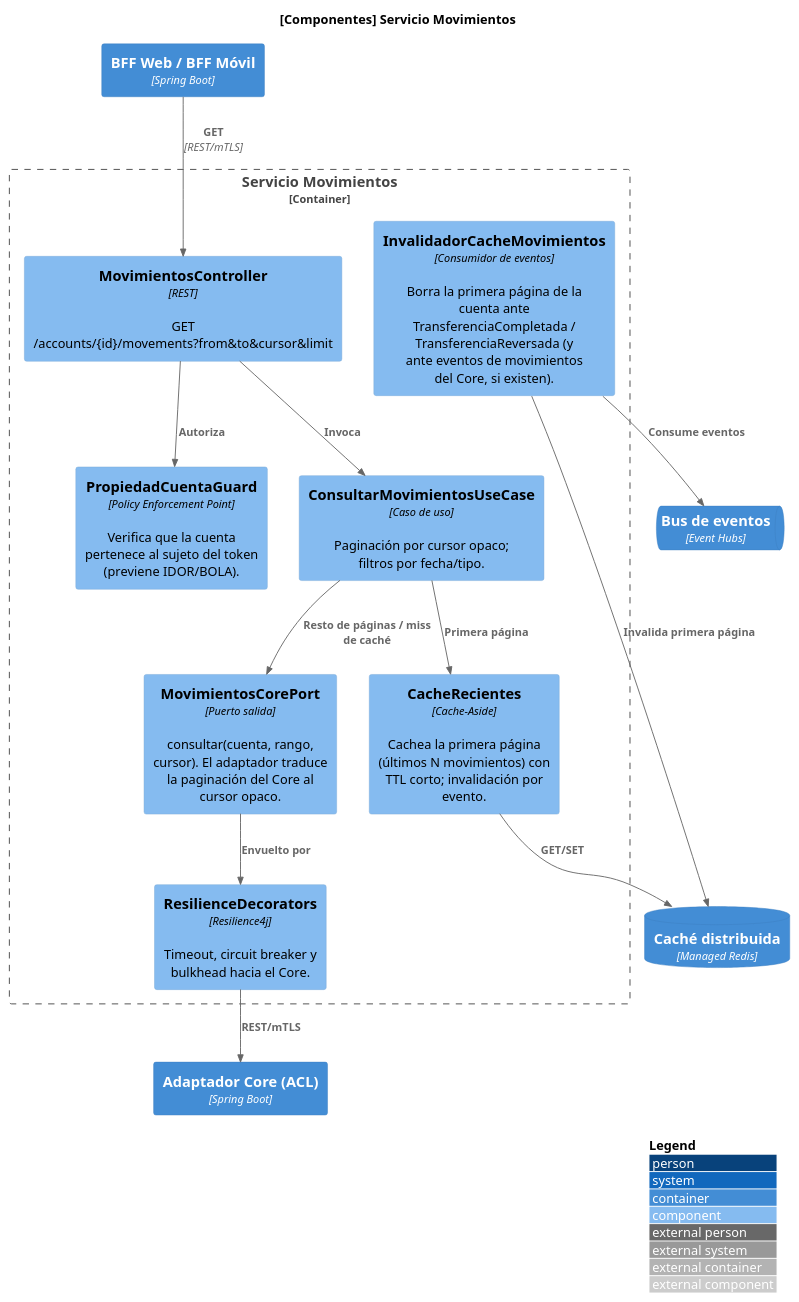
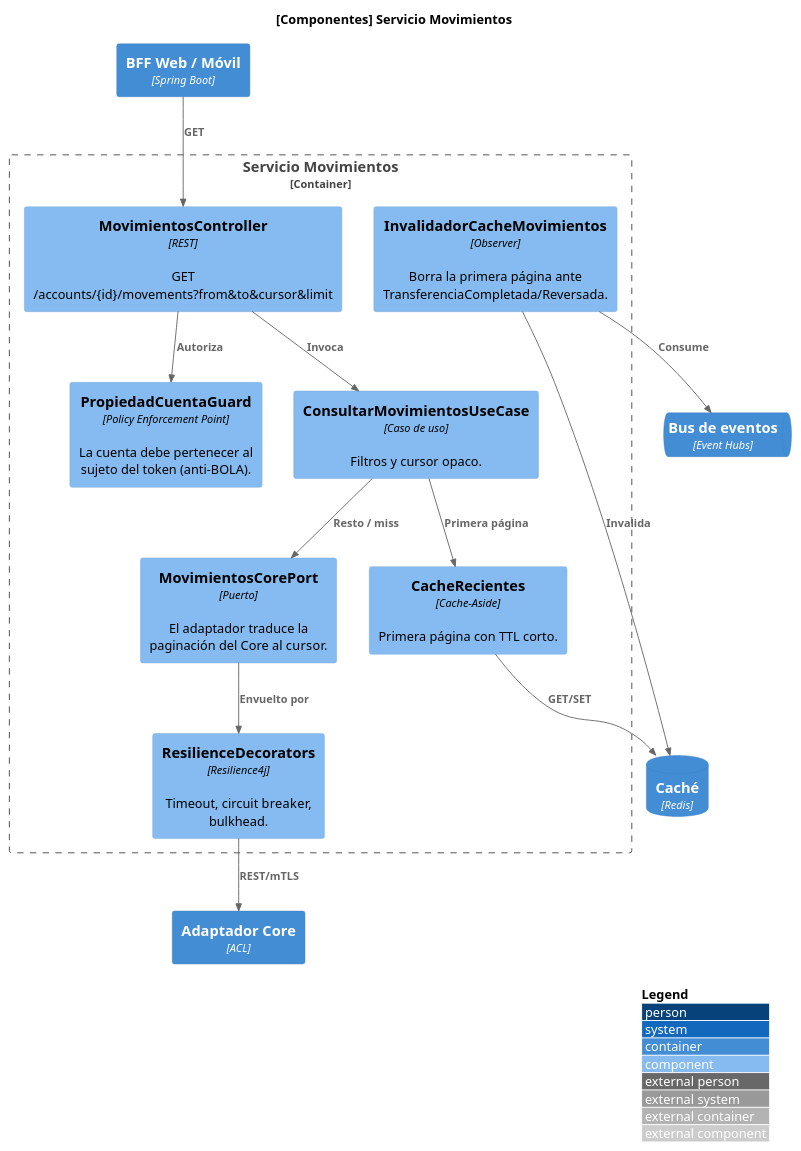
The fifth of 13 diagrams in Propuesta_Arquitectura_BP.md (dledesman/banca-por-internet), drawn with PlantUML before and after one commit. The commit also changed other lines of this file and 15 other files, not shown here.

Commit message:
Actualización propuesta de arquitectura y diagramas

````diff
--- a/Propuesta_Arquitectura_BP.md
+++ b/Propuesta_Arquitectura_BP.md
@@ -782,33 +461,33 @@
 ```plantuml
 @startuml C4_Componentes_Movimientos
 !include <C4/C4_Component>
 LAYOUT_WITH_LEGEND()
 title [Componentes] Servicio Movimientos
 
-Container(bff, "BFF Web / BFF Móvil", "Spring Boot")
-ContainerDb(redis, "Caché distribuida", "Managed Redis")
+Container(bff, "BFF Web / Móvil", "Spring Boot")
+ContainerDb(redis, "Caché", "Redis")
 ContainerQueue(evh, "Bus de eventos", "Event Hubs")
-Container(aCore, "Adaptador Core (ACL)", "Spring Boot")
+Container(aCore, "Adaptador Core", "ACL")
 
 Container_Boundary(mov, "Servicio Movimientos") {
   Component(api, "MovimientosController", "REST", "GET /accounts/{id}/movements?from&to&cursor&limit")
-  Component(authz, "PropiedadCuentaGuard", "Policy Enforcement Point", "Verifica que la cuenta pertenece al sujeto del token (previene IDOR/BOLA).")
-  Component(uc, "ConsultarMovimientosUseCase", "Caso de uso", "Paginación por cursor opaco; filtros por fecha/tipo.")
-  Component(cache, "CacheRecientes", "Cache-Aside", "Cachea la primera página (últimos N movimientos) con TTL corto; invalidación por evento.")
-  Component(coreP, "MovimientosCorePort", "Puerto salida", "consultar(cuenta, rango, cursor). El adaptador traduce la paginación del Core al cursor opaco.")
-  Component(res, "ResilienceDecorators", "Resilience4j", "Timeout, circuit breaker y bulkhead hacia el Core.")
-  Component(inval, "InvalidadorCacheMovimientos", "Consumidor de eventos", "Borra la primera página de la cuenta ante TransferenciaCompletada / TransferenciaReversada (y ante eventos de movimientos del Core, si existen).")
+  Component(authz, "PropiedadCuentaGuard", "Policy Enforcement Point", "La cuenta debe pertenecer al sujeto del token (anti-BOLA).")
+  Component(uc, "ConsultarMovimientosUseCase", "Caso de uso", "Filtros y cursor opaco.")
+  Component(cache, "CacheRecientes", "Cache-Aside", "Primera página con TTL corto.")
+  Component(coreP, "MovimientosCorePort", "Puerto", "El adaptador traduce la paginación del Core al cursor.")
+  Component(res, "ResilienceDecorators", "Resilience4j", "Timeout, circuit breaker, bulkhead.")
+  Component(inval, "InvalidadorCacheMovimientos", "Observer", "Borra la primera página ante TransferenciaCompletada/Reversada.")
 }
 
-Rel(bff, api, "GET", "REST/mTLS")
+Rel(bff, api, "GET")
 Rel(api, authz, "Autoriza")
 Rel(api, uc, "Invoca")
 Rel(uc, cache, "Primera página")
 Rel(cache, redis, "GET/SET")
-Rel(uc, coreP, "Resto de páginas / miss de caché")
+Rel(uc, coreP, "Resto / miss")
 Rel(coreP, res, "Envuelto por")
 Rel(res, aCore, "REST/mTLS")
-Rel(inval, evh, "Consume eventos")
-Rel(inval, redis, "Invalida primera página")
+Rel(inval, evh, "Consume")
+Rel(inval, redis, "Invalida")
 @enduml
 ```
````
